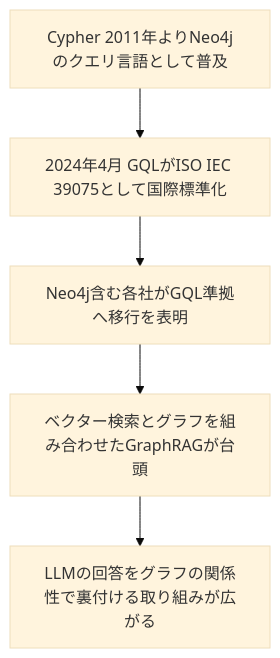
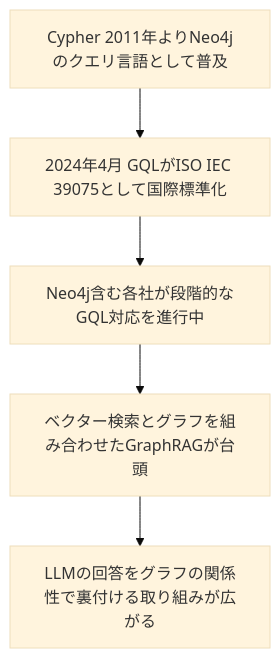
Before and after one commit to myoshi2891/Software-Design-and-Architecture: diagram 14 of 14 in Graph-databases-guide.md, drawn with Mermaid (base theme). The commit also changed other lines of this file, not shown here.

First line of the commit message:
docs(graph-databases): GQL 対応状況・配布形式・参考文献の記述を修正

````diff
--- a/Graph-databases-guide.md
+++ b/Graph-databases-guide.md
@@ -416,7 +416,7 @@
 ```mermaid
 flowchart TD
     U1["Cypher 2011年よりNeo4jのクエリ言語として普及"] --> U2["2024年4月 GQLがISO IEC 39075として国際標準化"]
-    U2 --> U3["Neo4j含む各社がGQL準拠へ移行を表明"]
+    U2 --> U3["Neo4j含む各社が段階的なGQL対応を進行中"]
     U3 --> U4["ベクター検索とグラフを組み合わせたGraphRAGが台頭"]
     U4 --> U5["LLMの回答をグラフの関係性で裏付ける取り組みが広がる"]
 ```
````
